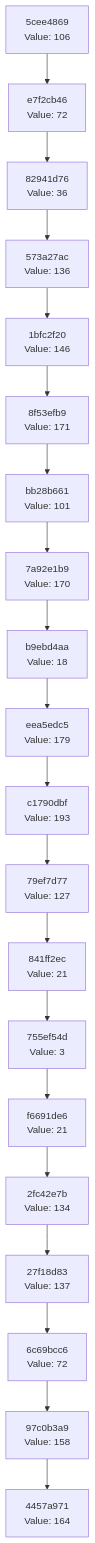
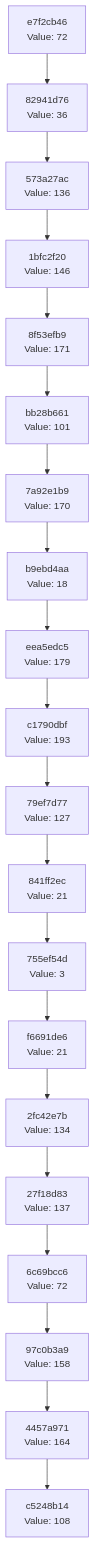
The diagram in docs/CHAIN_VISUALIZATION.md (Abhisheksinha1506/hash-chain-evolver), drawn with Mermaid before and after one commit. The commit also changed 2 other files, not shown here.

Commit message:
Evolution step: hash 0x6C → action executed

````diff
--- a/docs/CHAIN_VISUALIZATION.md
+++ b/docs/CHAIN_VISUALIZATION.md
@@ -3,42 +3,42 @@
 ```mermaid
 graph TD
-    C0["4457a971<br/>Value: 164"]
-    C1["97c0b3a9<br/>Value: 158"]
+    C0["c5248b14<br/>Value: 108"]
+    C1["4457a971<br/>Value: 164"]
     C1 --> C0
-    C2["6c69bcc6<br/>Value: 72"]
+    C2["97c0b3a9<br/>Value: 158"]
     C2 --> C1
-    C3["27f18d83<br/>Value: 137"]
+    C3["6c69bcc6<br/>Value: 72"]
     C3 --> C2
-    C4["2fc42e7b<br/>Value: 134"]
+    C4["27f18d83<br/>Value: 137"]
     C4 --> C3
-    C5["f6691de6<br/>Value: 21"]
+    C5["2fc42e7b<br/>Value: 134"]
     C5 --> C4
-    C6["755ef54d<br/>Value: 3"]
+    C6["f6691de6<br/>Value: 21"]
     C6 --> C5
-    C7["841ff2ec<br/>Value: 21"]
+    C7["755ef54d<br/>Value: 3"]
     C7 --> C6
-    C8["79ef7d77<br/>Value: 127"]
+    C8["841ff2ec<br/>Value: 21"]
     C8 --> C7
-    C9["c1790dbf<br/>Value: 193"]
+    C9["79ef7d77<br/>Value: 127"]
     C9 --> C8
-    C10["eea5edc5<br/>Value: 179"]
+    C10["c1790dbf<br/>Value: 193"]
     C10 --> C9
-    C11["b9ebd4aa<br/>Value: 18"]
+    C11["eea5edc5<br/>Value: 179"]
     C11 --> C10
-    C12["7a92e1b9<br/>Value: 170"]
+    C12["b9ebd4aa<br/>Value: 18"]
     C12 --> C11
-    C13["bb28b661<br/>Value: 101"]
+    C13["7a92e1b9<br/>Value: 170"]
     C13 --> C12
-    C14["8f53efb9<br/>Value: 171"]
+    C14["bb28b661<br/>Value: 101"]
     C14 --> C13
-    C15["1bfc2f20<br/>Value: 146"]
+    C15["8f53efb9<br/>Value: 171"]
     C15 --> C14
-    C16["573a27ac<br/>Value: 136"]
+    C16["1bfc2f20<br/>Value: 146"]
     C16 --> C15
-    C17["82941d76<br/>Value: 36"]
+    C17["573a27ac<br/>Value: 136"]
     C17 --> C16
-    C18["e7f2cb46<br/>Value: 72"]
+    C18["82941d76<br/>Value: 36"]
     C18 --> C17
-    C19["5cee4869<br/>Value: 106"]
+    C19["e7f2cb46<br/>Value: 72"]
     C19 --> C18
 ```
````
